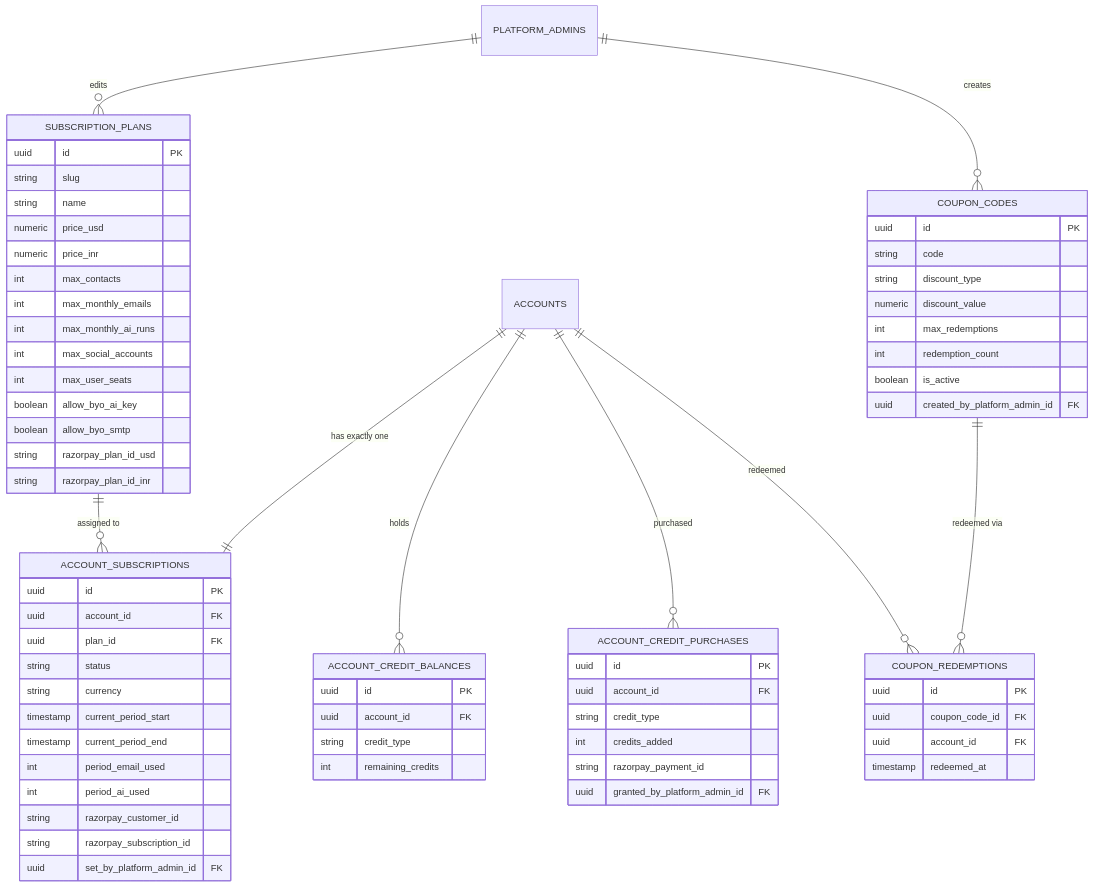
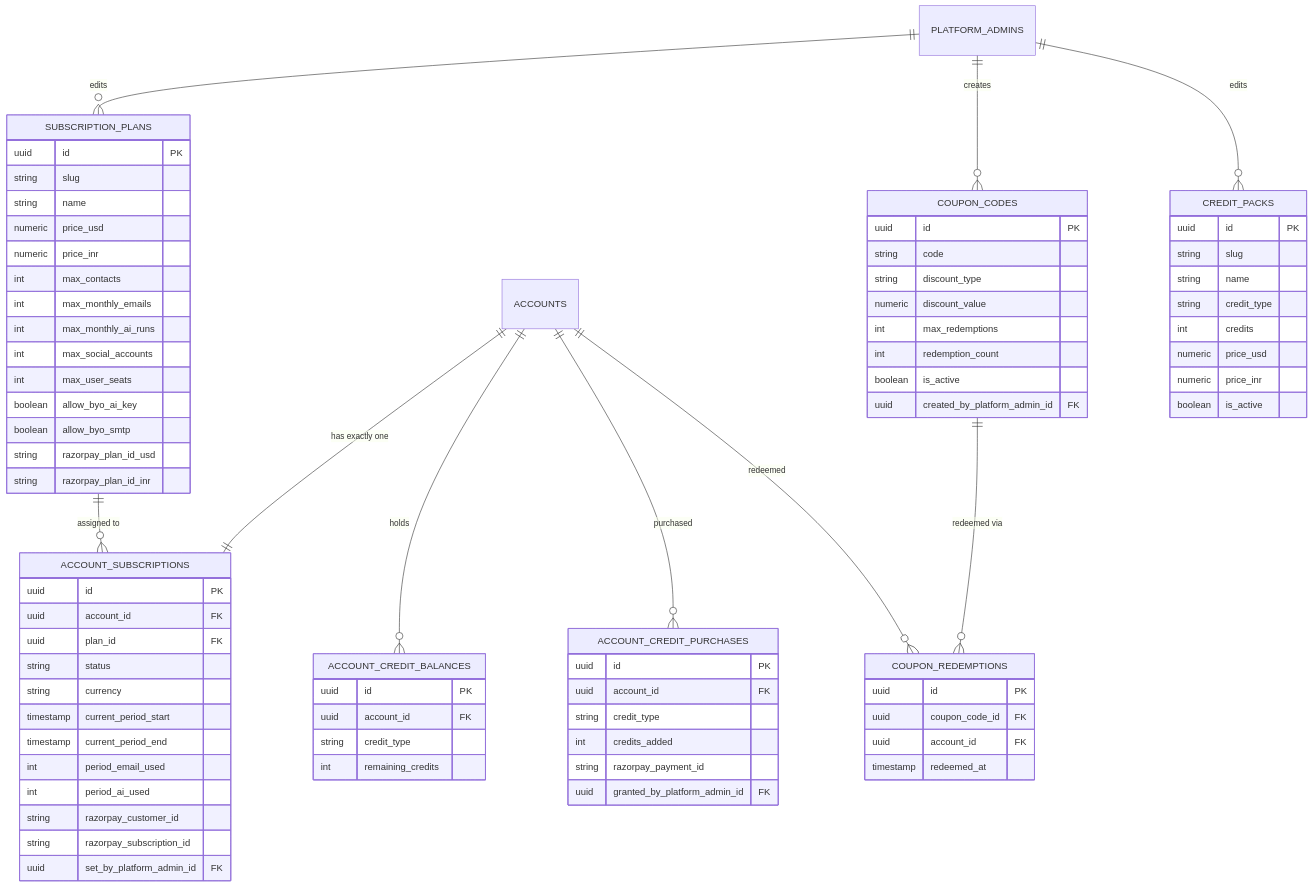
One commit to Itssushmasharma/growixa_project changed the eighth of 8 diagrams in docs/05-data/ERD.md. Above: the diagram before and after it, drawn with Mermaid. The commit also changed other lines of this file and 14 other files, not shown here.

````diff
--- a/docs/05-data/ERD.md
+++ b/docs/05-data/ERD.md
@@ -572,6 +572,7 @@
     COUPON_CODES ||--o{ COUPON_REDEMPTIONS : "redeemed via"
     PLATFORM_ADMINS ||--o{ SUBSCRIPTION_PLANS : edits
     PLATFORM_ADMINS ||--o{ COUPON_CODES : creates
+    PLATFORM_ADMINS ||--o{ CREDIT_PACKS : edits
 
     SUBSCRIPTION_PLANS {
         uuid id PK
@@ -633,4 +634,14 @@
         uuid account_id FK
         timestamp redeemed_at
     }
+    CREDIT_PACKS {
+        uuid id PK
+        string slug
+        string name
+        string credit_type
+        int credits
+        numeric price_usd
+        numeric price_inr
+        boolean is_active
+    }
 ```
````
